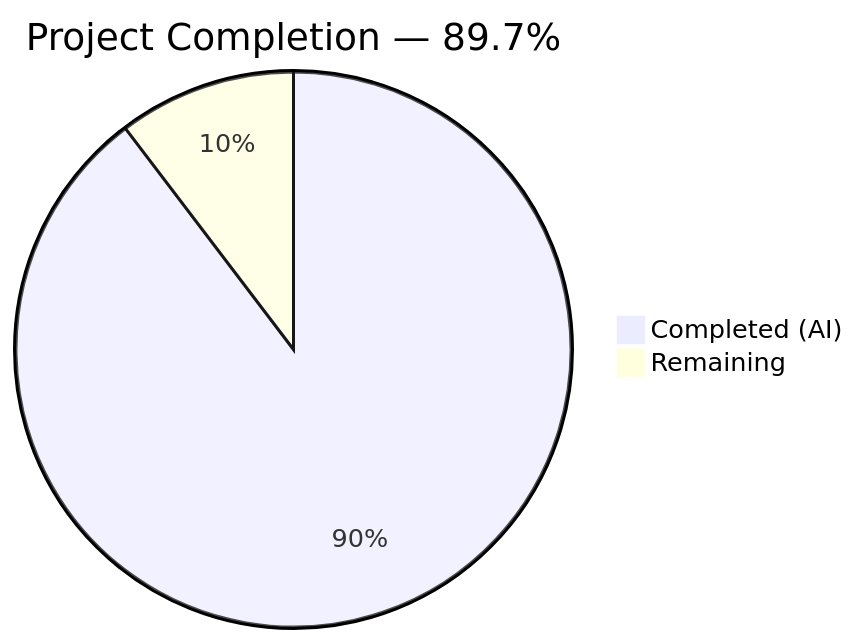
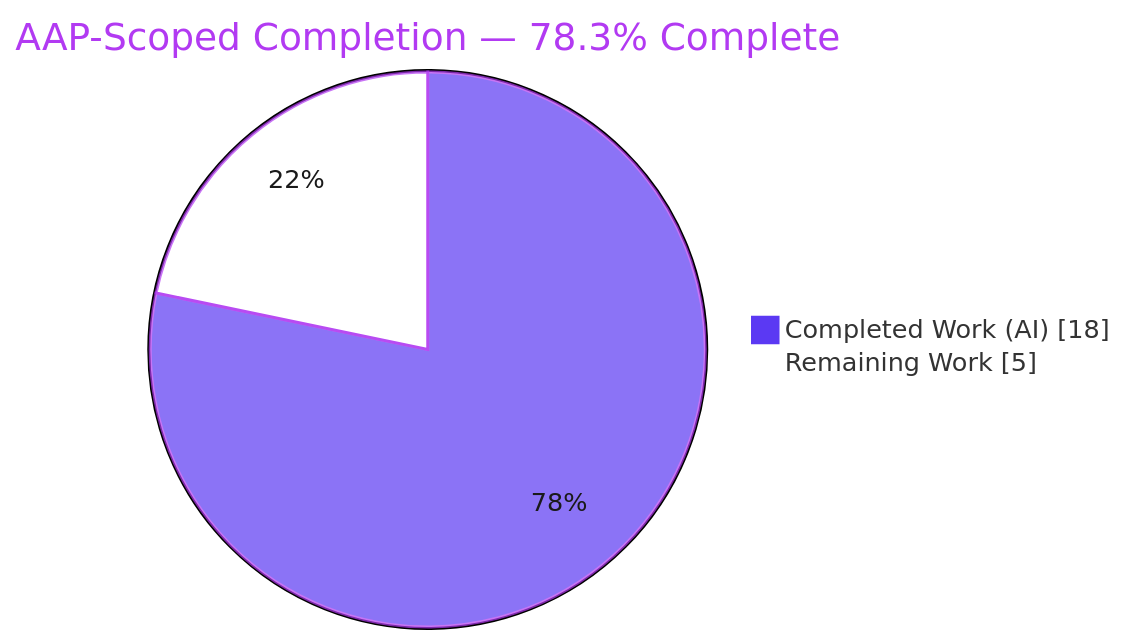
The first of 3 diagrams in blitzy/documentation/Project Guide.md (hardik-blitzy/react-todo-app), drawn with Mermaid before and after one commit. The commit also changed other lines of this file, not shown here.

Commit message:
Adding Blitzy Project Guide: Project Status and Human Tasks Remaining

````diff
--- a/blitzy/documentation/Project Guide.md
+++ b/blitzy/documentation/Project Guide.md
@@ -13,5 +19,7 @@
 ```mermaid
-pie title Project Completion — 89.7%
-    "Completed (AI)" : 52
-    "Remaining" : 6
+%%{init: {"theme":"base","themeVariables":{"pie1":"#5B39F3","pie2":"#FFFFFF","pieStrokeColor":"#B23AF2","pieStrokeWidth":"2px","pieOuterStrokeWidth":"2px","pieSectionTextColor":"#1a1a1a","pieTitleTextColor":"#B23AF2"}}}%%
+pie showData
+    title AAP-Scoped Completion — 78.3% Complete
+    "Completed Work (AI)" : 18
+    "Remaining Work" : 5
 ```
````
